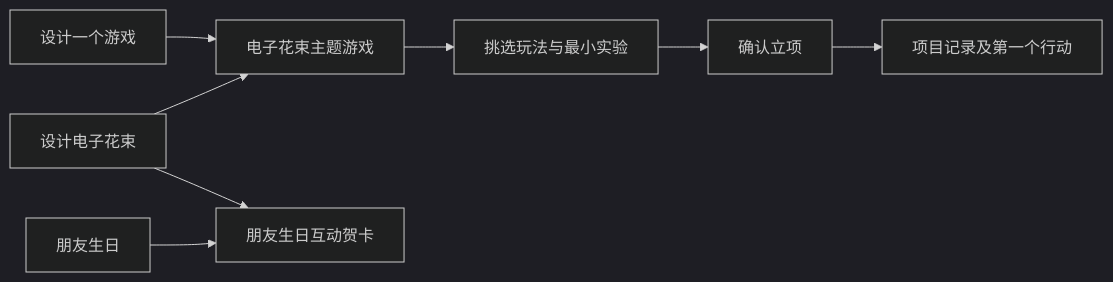
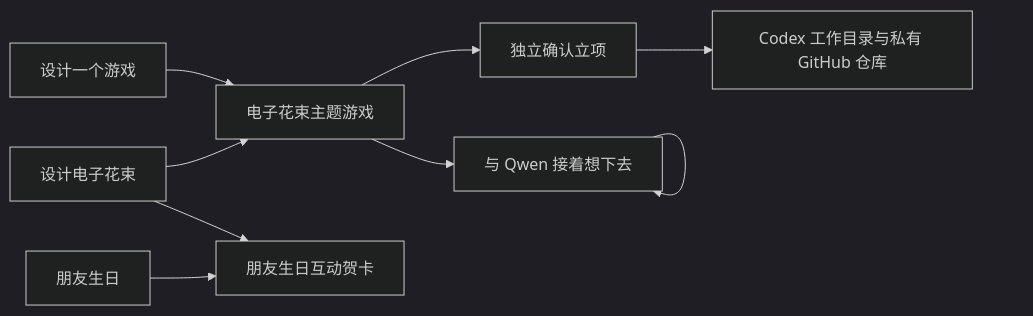
The diagram in docs/inspiration-bubbles-proposal.md (AlexShen-Oguri/-DailyHouse), drawn with Mermaid (dark theme) before and after one commit. The commit also changed other lines of this file and 10 other files, not shown here.

````diff
--- a/docs/inspiration-bubbles-proposal.md
+++ b/docs/inspiration-bubbles-proposal.md
@@ -24,10 +24,11 @@
 ```mermaid
 flowchart LR
   A[设计一个游戏] --> C[电子花束主题游戏]
   B[设计电子花束] --> C
   B --> D[朋友生日互动贺卡]
   E[朋友生日] --> D
-  C --> F[挑选玩法与最小实验]
-  F --> G[确认立项]
-  G --> H[项目记录及第一个行动]
+  C --> F[与 Qwen 接着想下去]
+  F --> F
+  C --> G[独立确认立项]
+  G --> H[Codex 工作目录与私有 GitHub 仓库]
 ```
````
